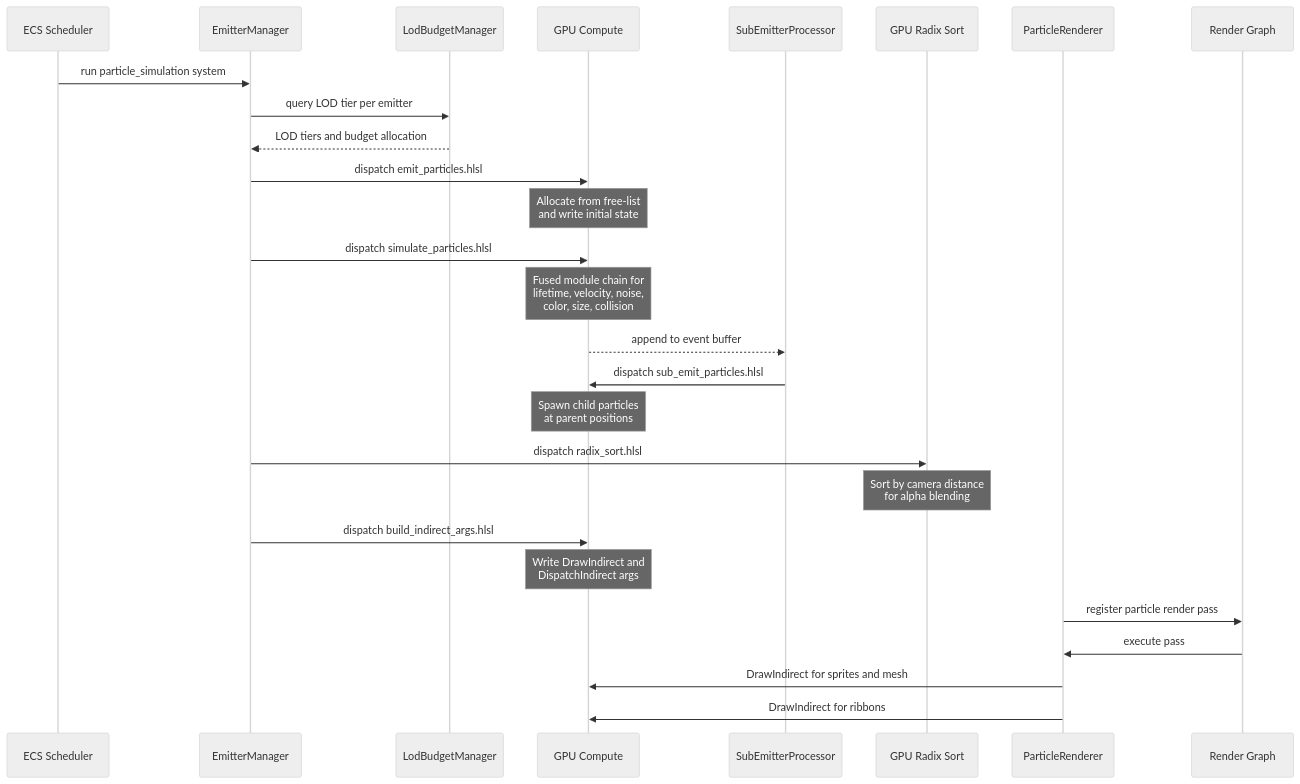
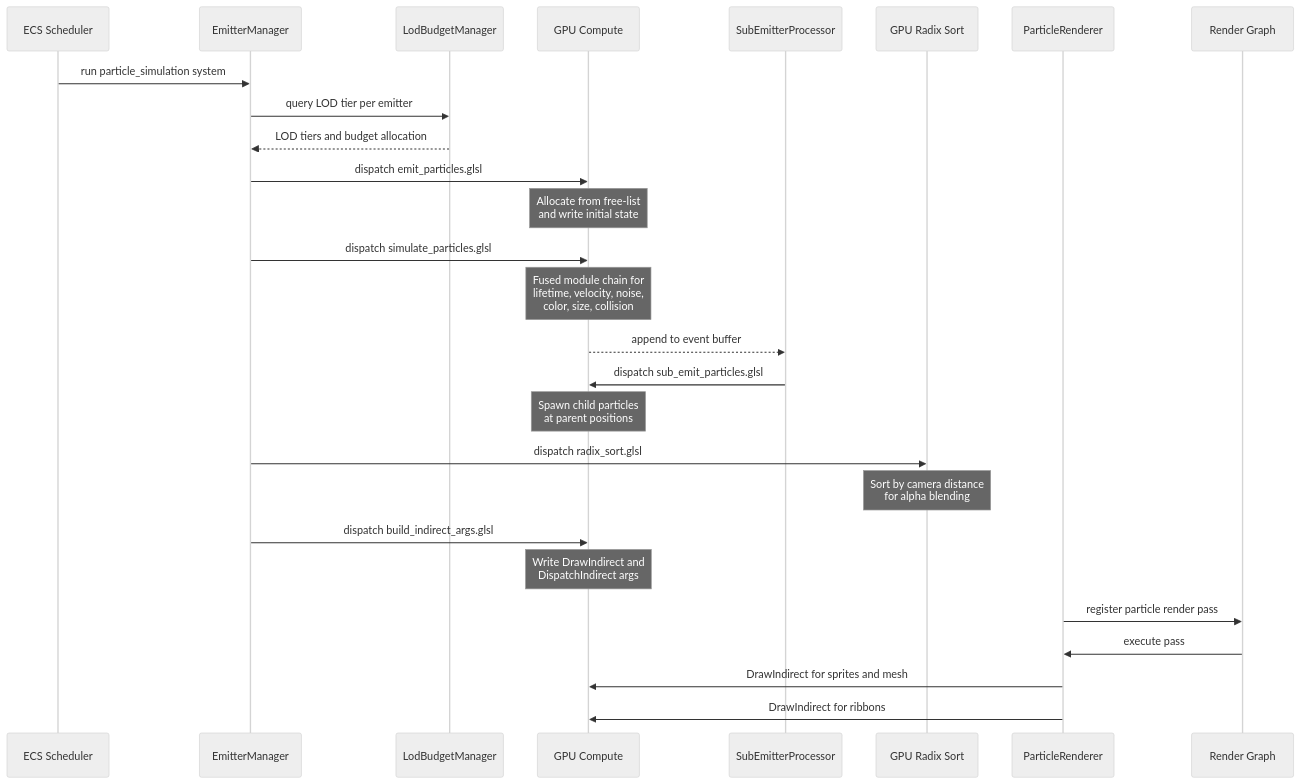
The second of 7 diagrams in docs/design/vfx/particles.md (harmonius-dev/harmonius), drawn with Mermaid (neutral theme) before and after one commit. The commit also changed other lines of this file and 128 other files, not shown here.

````diff
--- a/docs/design/vfx/particles.md
+++ b/docs/design/vfx/particles.md
@@ -180,36 +180,36 @@
 ```mermaid
 sequenceDiagram
     participant ECS as ECS Scheduler
     participant EM as EmitterManager
     participant LOD as LodBudgetManager
     participant GPU as GPU Compute
     participant SE as SubEmitterProcessor
     participant SORT as GPU Radix Sort
     participant REN as ParticleRenderer
     participant RG as Render Graph
 
     ECS->>EM: run particle_simulation system
     EM->>LOD: query LOD tier per emitter
     LOD-->>EM: LOD tiers and budget allocation
 
-    EM->>GPU: dispatch emit_particles.hlsl
+    EM->>GPU: dispatch emit_particles.glsl
     Note over GPU: Allocate from free-list<br/>and write initial state
 
-    EM->>GPU: dispatch simulate_particles.hlsl
+    EM->>GPU: dispatch simulate_particles.glsl
     Note over GPU: Fused module chain for<br/>lifetime, velocity, noise,<br/>color, size, collision
 
     GPU-->>SE: append to event buffer
-    SE->>GPU: dispatch sub_emit_particles.hlsl
+    SE->>GPU: dispatch sub_emit_particles.glsl
     Note over GPU: Spawn child particles<br/>at parent positions
 
-    EM->>SORT: dispatch radix_sort.hlsl
+    EM->>SORT: dispatch radix_sort.glsl
     Note over SORT: Sort by camera distance<br/>for alpha blending
 
-    EM->>GPU: dispatch build_indirect_args.hlsl
+    EM->>GPU: dispatch build_indirect_args.glsl
     Note over GPU: Write DrawIndirect and<br/>DispatchIndirect args
 
     REN->>RG: register particle render pass
     RG->>REN: execute pass
     REN->>GPU: DrawIndirect for sprites and mesh
     REN->>GPU: DrawIndirect for ribbons
 ```
````
